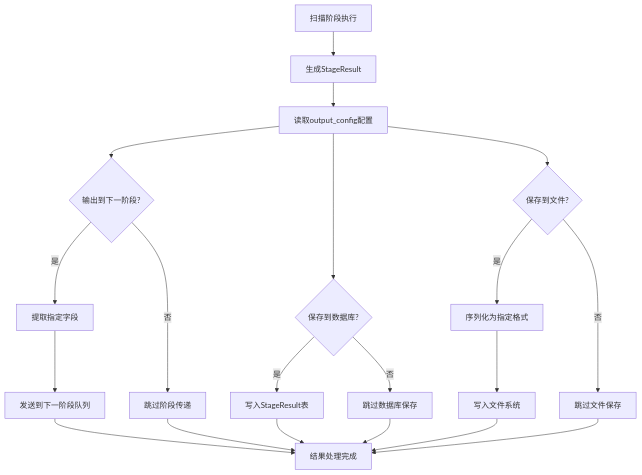
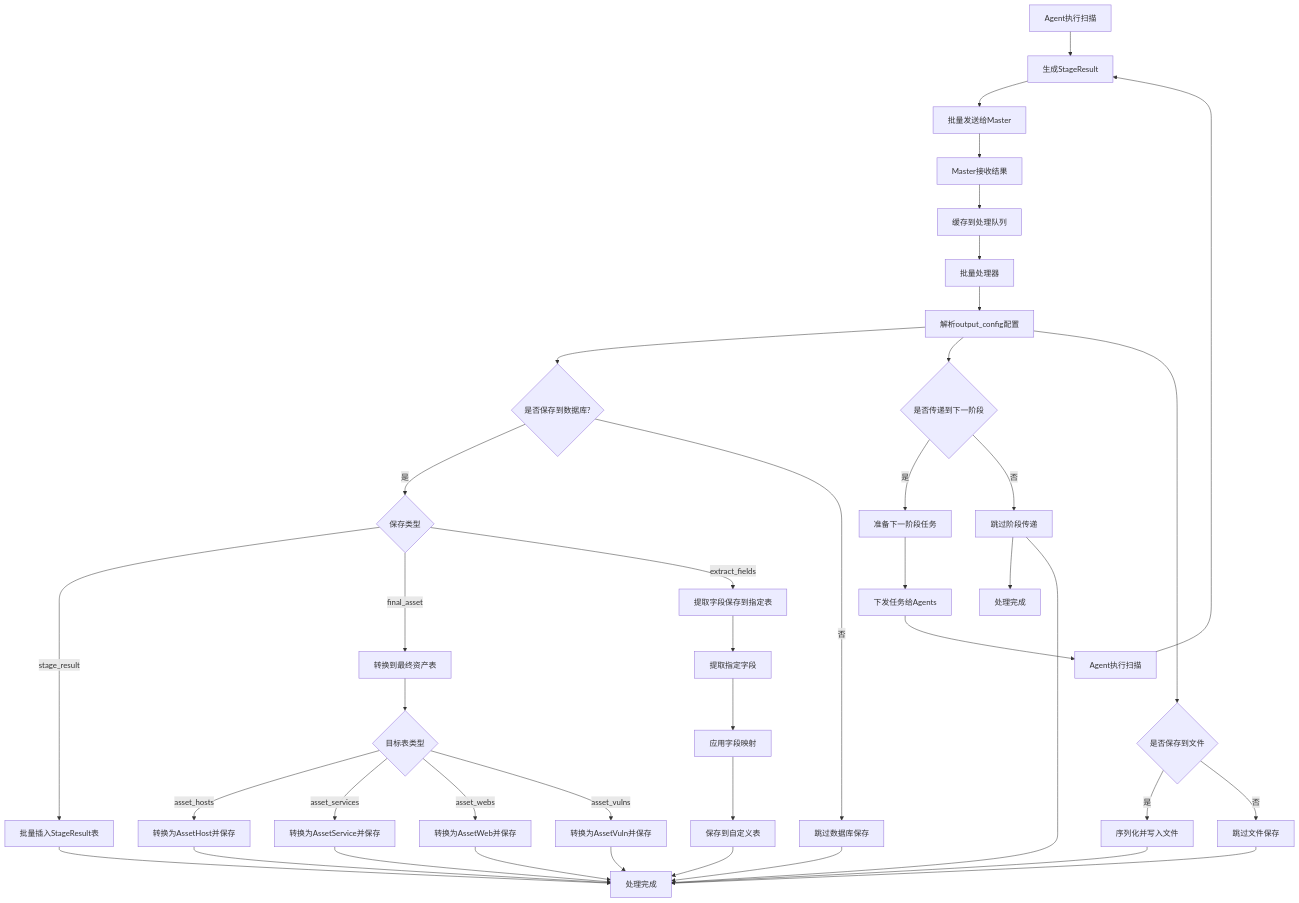
Before and after one commit to sun977/NeoScan: the first of 3 diagrams in neoMaster/docs/asset资产模块设计/Asset模型设计v1.0.md, drawn with Mermaid. The commit also changed other lines of this file, not shown here.

Commit message:
docs: 更新资产模型设计文档中的流程图和说明
更新Master-Agent处理流程图的细节，包括：
1. 细化output_config配置处理分支
2. 增加不同资产类型的转换路径
3. 完善阶段处理流程说明
4. 修正流程图中的拼写错误

````diff
--- a/neoMaster/docs/asset资产模块设计/Asset模型设计v1.0.md
+++ b/neoMaster/docs/asset资产模块设计/Asset模型设计v1.0.md
@@ -508,22 +508,52 @@
 ```mermaid
 graph TD
-    A[扫描阶段执行] --> B[生成StageResult]
-    B --> C[读取output_config配置]
-    C --> D{输出到下一阶段?}
-    D -->|是| E[提取指定字段]
-    E --> F[发送到下一阶段队列]
-    D -->|否| G[跳过阶段传递]
-    C --> H{保存到数据库?}
-    H -->|是| I[写入StageResult表]
+    A[Agent执行扫描] --> B[生成StageResult]
+    B --> C[批量发送给Master]
+    
+    C --> D[Master接收结果]
+    D --> E[缓存到处理队列]
+    
+    E --> F[批量处理器]
+    F --> G[解析output_config配置]
+    
+    G --> H{是否保存到数据库?}
+    H -->|是| I{保存类型}
     H -->|否| J[跳过数据库保存]
-    C --> K{保存到文件?}
-    K -->|是| L[序列化为指定格式]
-    L --> M[写入文件系统]
-    K -->|否| N[跳过文件保存]
-    F --> O[结果处理完成]
-    G --> O
-    I --> O
-    J --> O
-    M --> O
-    N --> O
+    
+    I -->|stage_result| K[批量插入StageResult表]
+    I -->|final_asset| L[转换到最终资产表]
+    I -->|extract_fields| M[提取字段保存到指定表]
+    
+    L --> N{目标表类型}
+    N -->|asset_hosts| O[转换为AssetHost并保存]
+    N -->|asset_services| P[转换为AssetService并保存]
+    N -->|asset_webs| Q[转换为AssetWeb并保存]
+    N -->|asset_vulns| R[转换为AssetVuln并保存]
+    
+    M --> S[提取指定字段]
+    S --> T[应用字段映射]
+    T --> U[保存到自定义表]
+    
+    G --> V{是否传递到下一阶段}
+    V -->|是| W[准备下一阶段任务]
+    V -->|否| X[跳过阶段传递]
+    W --> Y[下发任务给Agents]
+    X --> Z[处理完成]
+    Y --> AA[Agent执行扫描]
+    AA --> B
+    
+    G --> AB{是否保存到文件}
+    AB -->|是| AC[序列化并写入文件]
+    AB -->|否| AD[跳过文件保存]
+    
+    K --> AE[处理完成]
+    O --> AE
+    P --> AE
+    Q --> AE
+    R --> AE
+    U --> AE
+    AC --> AE
+    AD --> AE
+    J --> AE
+    X --> AE
 ```
````
